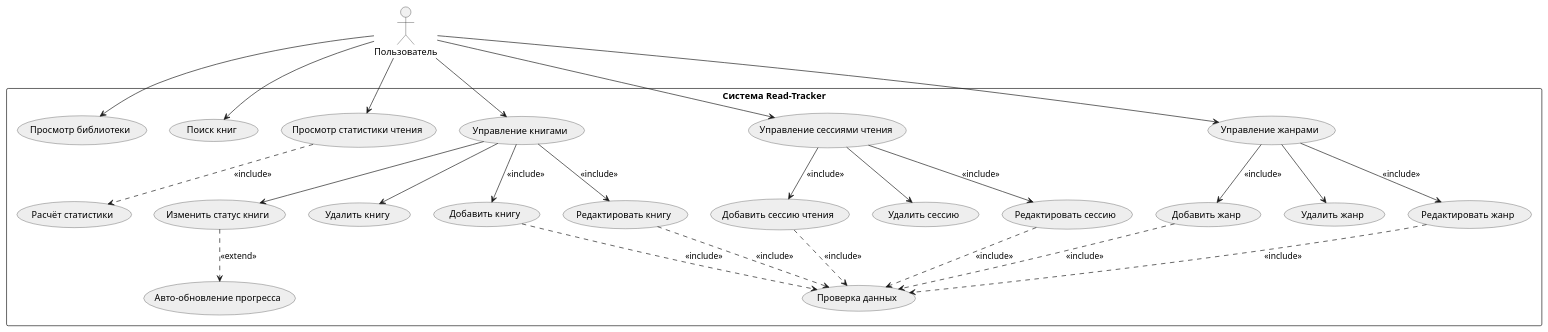
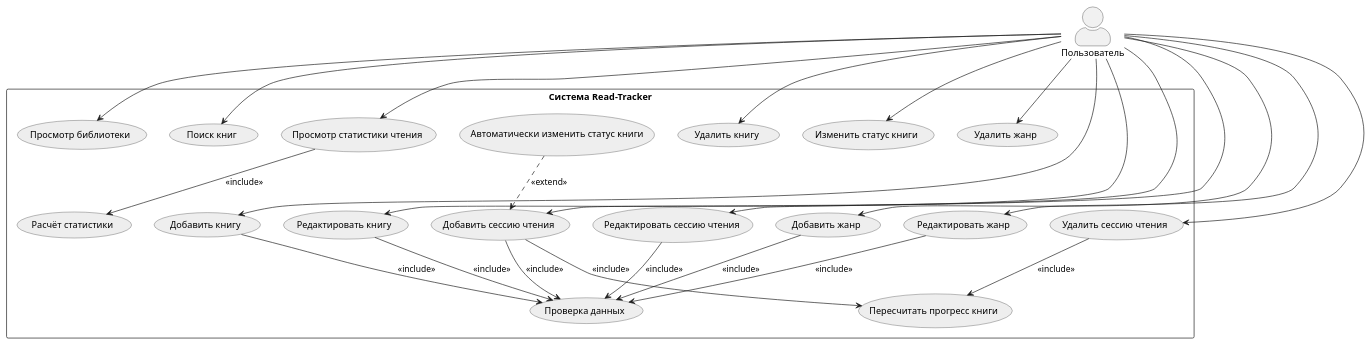
The diagram in docs/user_case/user_case_diagram.puml (darkssss-web/Read-Tracker), drawn with PlantUML before and after one commit.

```diff
--- a/docs/user_case/user_case_diagram.puml
+++ b/docs/user_case/user_case_diagram.puml
@@ -1,51 +1,51 @@
 @startuml Диаграмма_Вариантов_Использования_ReadTracker
 
 skinparam usecaseBorderColor #333
 skinparam usecaseBackgroundColor #EEE
-skinparam actorStyle "awesome"
+skinparam actorStyle awesome
 
 actor "Пользователь" as User
 
 rectangle "Система Read-Tracker" {
 
-  ' Общие сценарии
+  ' --- Общие сценарии ---
   User --> (Просмотр библиотеки)
   User --> (Поиск книг)
   User --> (Просмотр статистики чтения)
 
-  (Просмотр статистики чтения) ..> (Расчёт статистики) : <<include>>
+  (Просмотр статистики чтения) --> (Расчёт статистики) : <<include>>
 
   ' --- Книги ---
-  User --> (Управление книгами)
-  (Управление книгами) --> (Добавить книгу) : <<include>>
-  (Управление книгами) --> (Редактировать книгу) : <<include>>
-  (Управление книгами) --> (Удалить книгу)
-  (Управление книгами) --> (Изменить статус книги)
+  User --> (Добавить книгу)
+  User --> (Редактировать книгу)
+  User --> (Удалить книгу)
+  User --> (Изменить статус книги)
 
-  (Добавить книгу) ..> (Проверка данных) : <<include>>
-  (Редактировать книгу) ..> (Проверка данных) : <<include>>
+  (Добавить книгу) --> (Проверка данных) : <<include>>
+  (Редактировать книгу) --> (Проверка данных) : <<include>>
 
-  ' Изменение статуса
-  (Изменить статус книги) ..> (Авто-обновление прогресса) : <<extend>>
+  ' Статус может обновляться автоматически ПО УСЛОВИЮ
+  (Автоматически изменить статус книги) ..> (Добавить сессию чтения) : <<extend>>
 
   ' --- Сессии чтения ---
-  User --> (Управление сессиями чтения)
-  (Управление сессиями чтения) --> (Добавить сессию чтения) : <<include>>
-  (Управление сессиями чтения) --> (Редактировать сессию) : <<include>>
-  (Управление сессиями чтения) --> (Удалить сессию)
+  User --> (Добавить сессию чтения)
+  User --> (Редактировать сессию чтения)
+  User --> (Удалить сессию чтения)
 
-  (Добавить сессию чтения) ..> (Проверка данных) : <<include>>
-  (Редактировать сессию) ..> (Проверка данных) : <<include>>
+  (Добавить сессию чтения) --> (Проверка данных) : <<include>>
+  (Редактировать сессию чтения) --> (Проверка данных) : <<include>>
+
+  ' Пересчёт прогресса ОБЯЗАТЕЛЕН
+  (Добавить сессию чтения) --> (Пересчитать прогресс книги) : <<include>>
+  (Удалить сессию чтения) --> (Пересчитать прогресс книги) : <<include>>
 
   ' --- Жанры ---
-  User --> (Управление жанрами)
-  (Управление жанрами) --> (Добавить жанр) : <<include>>
-  (Управление жанрами) --> (Редактировать жанр) : <<include>>
-  (Управление жанрами) --> (Удалить жанр)
+  User --> (Добавить жанр)
+  User --> (Редактировать жанр)
+  User --> (Удалить жанр)
 
-  (Добавить жанр) ..> (Проверка данных) : <<include>>
-  (Редактировать жанр) ..> (Проверка данных) : <<include>>
-
+  (Добавить жанр) --> (Проверка данных) : <<include>>
+  (Редактировать жанр) --> (Проверка данных) : <<include>>
 }
 
 @enduml
```
